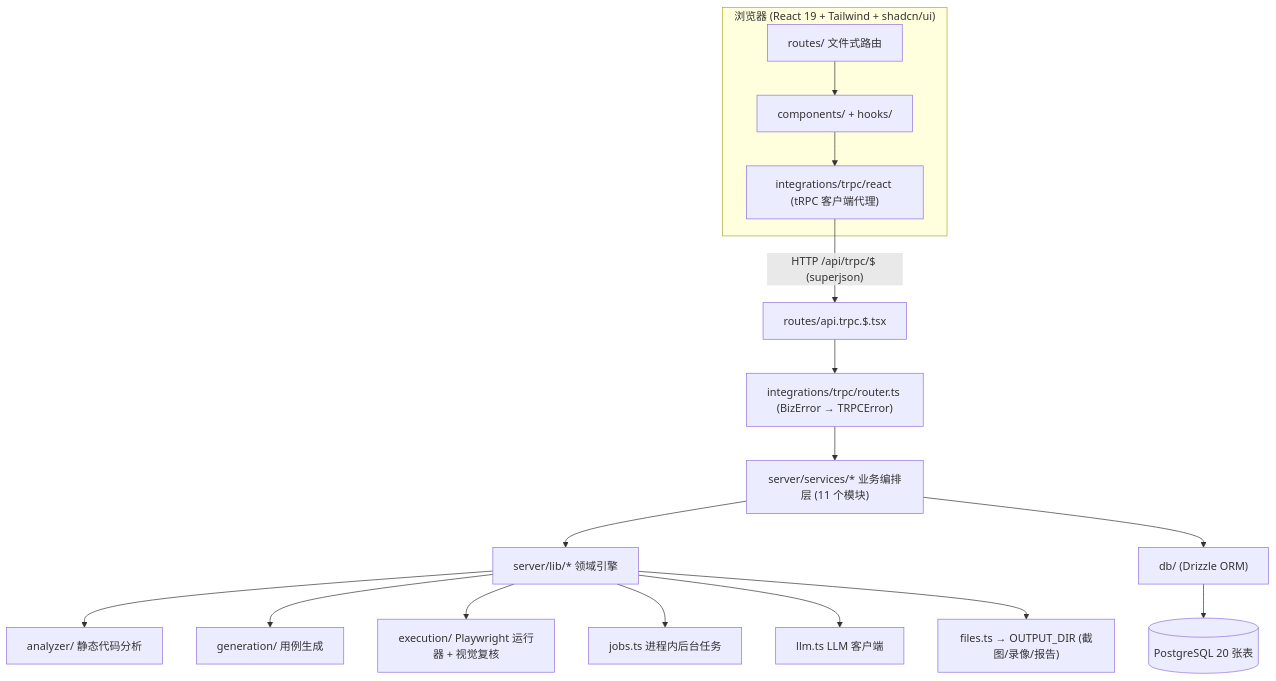
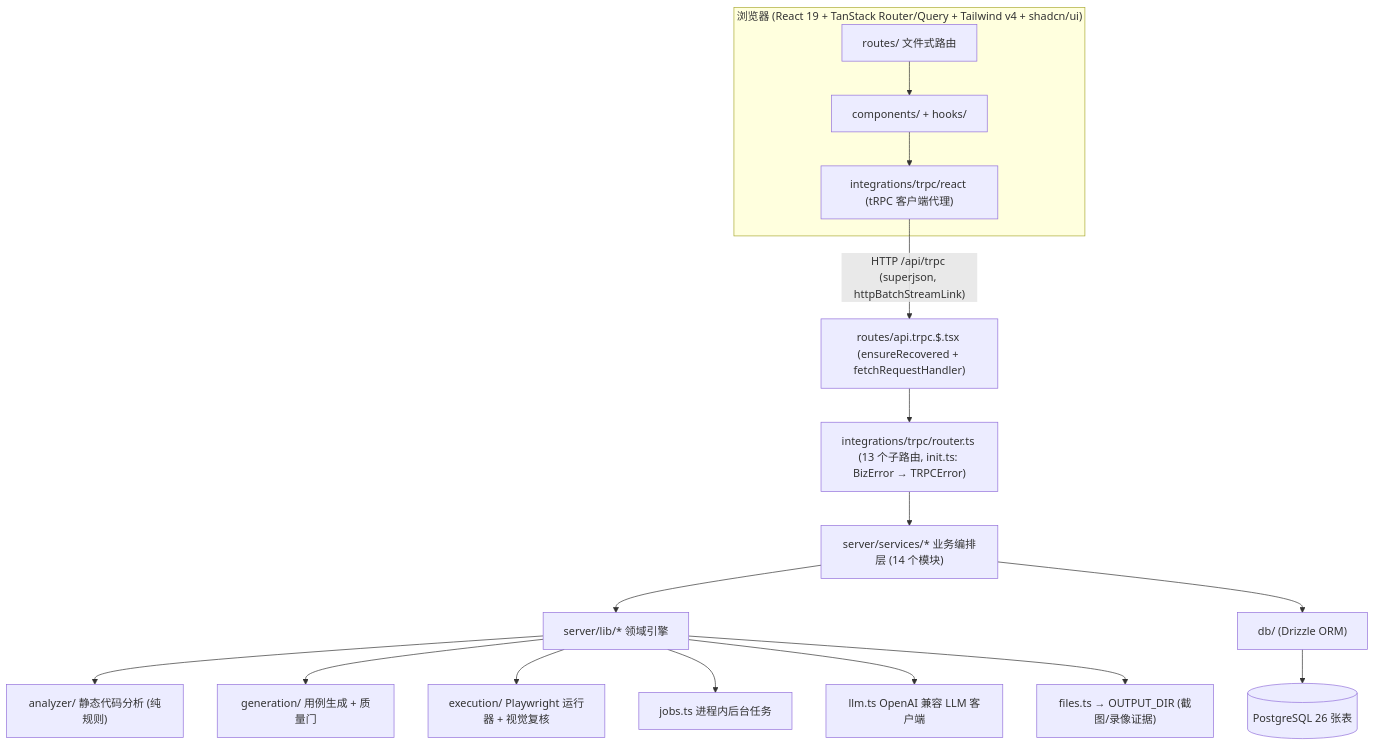
One commit to yukino-js/26autumn changed the diagram in content/docs/yukino-test-agent/architecture.md. Above: the diagram before and after it, drawn with Mermaid. The commit also changed other lines of this file and 78 other files, not shown here.

````diff
--- a/content/docs/yukino-test-agent/architecture.md
+++ b/content/docs/yukino-test-agent/architecture.md
@@ -9,20 +9,20 @@
 ```mermaid
 %%{init: {'themeVariables': {'fontFamily': 'Yukino, Maple Mono, Menlo, Cascadia Code, Sarasa Gothic SC, PingFang SC, Microsoft YaHei'}}}%%
 flowchart TD
-  subgraph browser["浏览器 (React 19 + Tailwind + shadcn/ui)"]
+  subgraph browser["浏览器 (React 19 + TanStack Router/Query + Tailwind v4 + shadcn/ui)"]
     routes["routes/ 文件式路由"] --> comps["components/ + hooks/"]
     comps --> proxy["integrations/trpc/react (tRPC 客户端代理)"]
   end
-  proxy -->|"HTTP /api/trpc/$ (superjson)"| handler["routes/api.trpc.$.tsx"]
-  handler --> router["integrations/trpc/router.ts (BizError → TRPCError)"]
-  router --> services["server/services/* 业务编排层 (11 个模块)"]
+  proxy -->|"HTTP /api/trpc (superjson, httpBatchStreamLink)"| handler["routes/api.trpc.$.tsx (ensureRecovered + fetchRequestHandler)"]
+  handler --> router["integrations/trpc/router.ts (13 个子路由, init.ts: BizError → TRPCError)"]
+  router --> services["server/services/* 业务编排层 (14 个模块)"]
   services --> lib["server/lib/* 领域引擎"]
-  lib --> analyzer["analyzer/ 静态代码分析"]
-  lib --> generation["generation/ 用例生成"]
+  lib --> analyzer["analyzer/ 静态代码分析 (纯规则)"]
+  lib --> generation["generation/ 用例生成 + 质量门"]
   lib --> execution["execution/ Playwright 运行器 + 视觉复核"]
   lib --> jobs["jobs.ts 进程内后台任务"]
-  lib --> llm["llm.ts LLM 客户端"]
+  lib --> llm["llm.ts OpenAI 兼容 LLM 客户端"]
   services --> db["db/ (Drizzle ORM)"]
-  db --> pg[("PostgreSQL 20 张表")]
-  lib --> files["files.ts → OUTPUT_DIR (截图/录像/报告)"]
+  db --> pg[("PostgreSQL 26 张表")]
+  lib --> files["files.ts → OUTPUT_DIR (截图/录像证据)"]
 ```
````
